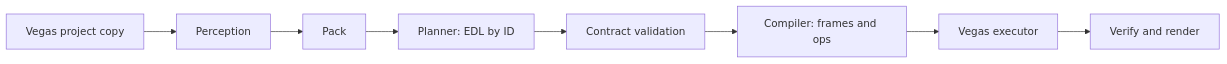
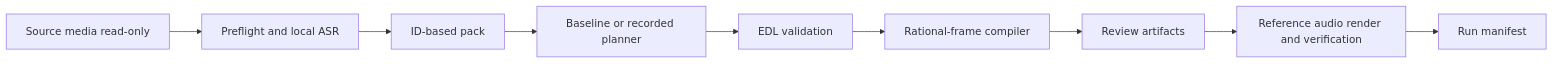
Before and after one commit to rkohnmn/qwen-vegas-agent: the diagram in README.md, drawn with Mermaid. The commit also changed other lines of this file and 16 other files, not shown here.

````diff
--- a/README.md
+++ b/README.md
@@ -9,10 +9,11 @@
 ```mermaid
 flowchart LR
-  A[Vegas project copy] --> B[Perception]
-  B --> C[Pack]
-  C --> D[Planner: EDL by ID]
-  D --> E[Contract validation]
-  E --> F[Compiler: frames and ops]
-  F --> G[Vegas executor]
-  G --> H[Verify and render]
+  A[Source media read-only] --> B[Preflight and local ASR]
+  B --> C[ID-based pack]
+  C --> D[Baseline or recorded planner]
+  D --> E[EDL validation]
+  E --> F[Rational-frame compiler]
+  F --> G[Review artifacts]
+  G --> H[Reference audio render and verification]
+  H --> I[Run manifest]
 ```
````
